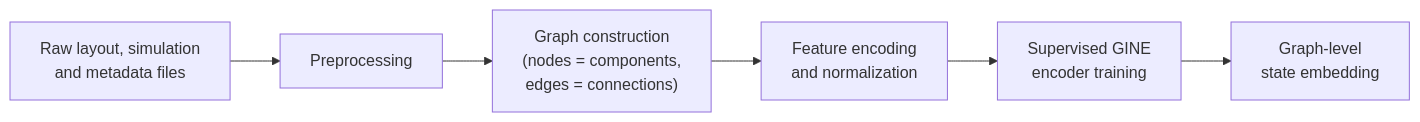
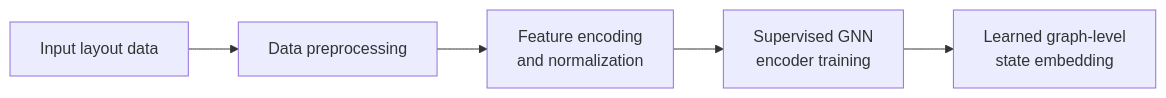
One commit to gmzonder/gnn-power-module-layout changed the second of 3 diagrams in README.md. Above: the diagram before and after it, drawn with Mermaid. The commit also changed other lines of this file, not shown here.

Commit message:
Align diagrams with thesis figures

````diff
--- a/README.md
+++ b/README.md
@@ -71,8 +73,7 @@
 ```mermaid
 flowchart LR
-    A["Raw layout, simulation<br/>and metadata files"] --> B["Preprocessing"]
-    B --> C["Graph construction<br/>(nodes = components,<br/>edges = connections)"]
-    C --> D["Feature encoding<br/>and normalization"]
-    D --> E["Supervised GINE<br/>encoder training"]
-    E --> F["Graph-level<br/>state embedding"]
+    A["Input layout data"] --> B["Data preprocessing"]
+    B --> D["Feature encoding<br/>and normalization"]
+    D --> E["Supervised GNN<br/>encoder training"]
+    E --> F["Learned graph-level<br/>state embedding"]
 ```
````
